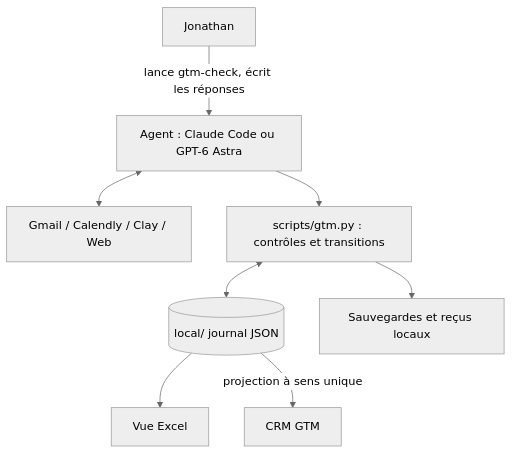
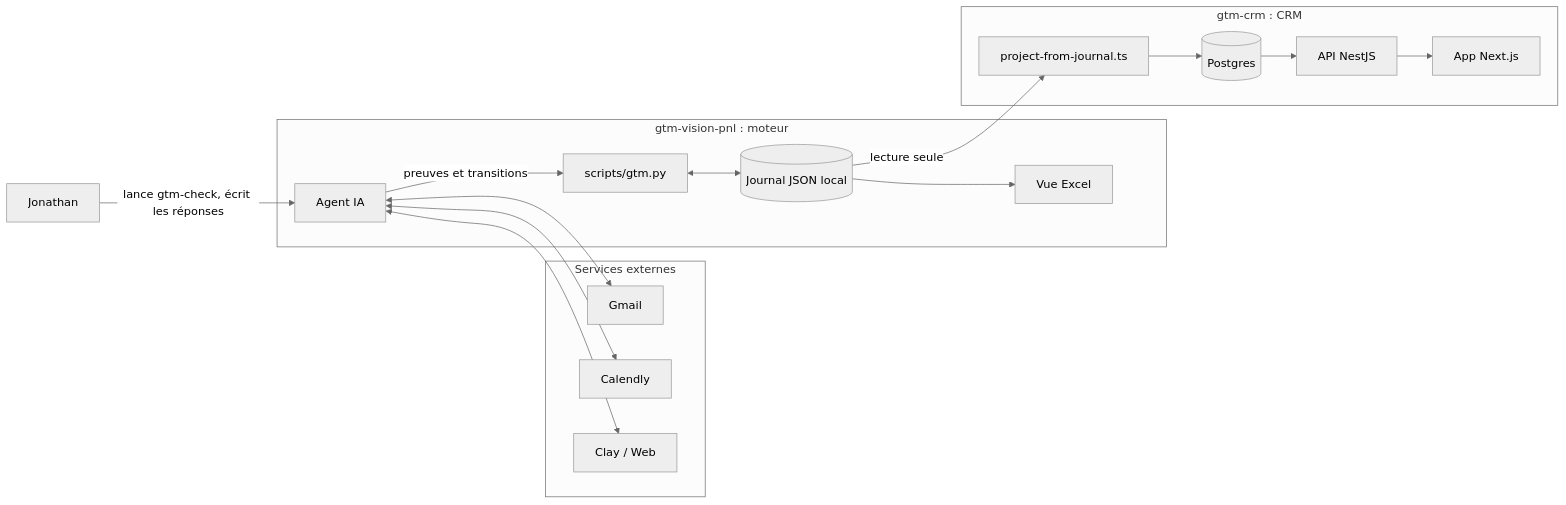
The first of 3 diagrams in README.md (spykernv/gtm-vision-pnl), drawn with Mermaid (neutral theme) before and after one commit. The commit also changed other lines of this file, not shown here.

First line of the commit message:
Present the engine and the CRM together in the README

````diff
--- a/README.md
+++ b/README.md
@@ -61,10 +56,30 @@
 ```mermaid
-flowchart TD
+flowchart LR
+  subgraph Externe[Services externes]
+    Gmail
+    Calendly
+    Clay[Clay / Web]
+  end
+  subgraph Moteur[gtm-vision-pnl : moteur]
+    Agent[Agent IA]
+    Engine[scripts/gtm.py]
+    Journal[(Journal JSON local)]
+    Excel[Vue Excel]
+  end
+  subgraph CRM[gtm-crm : CRM]
+    Projection[project-from-journal.ts]
+    DB[(Postgres)]
+    API[API NestJS]
+    App[App Next.js]
+  end
   Human[Jonathan] -- lance gtm-check, écrit les réponses --> Agent
-  Agent[Agent : Claude Code ou GPT-6 Astra] <--> Plugins[Gmail / Calendly / Clay / Web]
-  Agent --> Engine[scripts/gtm.py : contrôles et transitions]
-  Engine <--> Journal[(local/ journal JSON)]
-  Engine --> Recovery[Sauvegardes et reçus locaux]
-  Journal --> Excel[Vue Excel]
-  Journal -- projection à sens unique --> CRM[CRM GTM]
+  Agent <--> Gmail
+  Agent <--> Calendly
+  Agent <--> Clay
+  Agent -- preuves et transitions --> Engine
+  Engine <--> Journal
+  Journal --> Excel
+  Journal -- lecture seule --> Projection
+  Projection --> DB
+  DB --> API --> App
 ```
````
